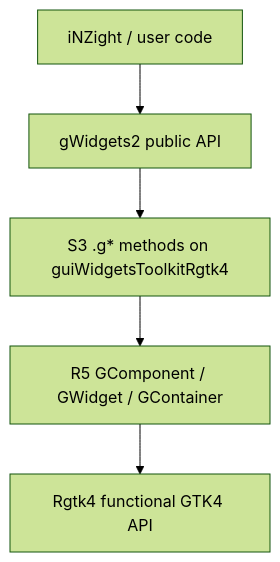
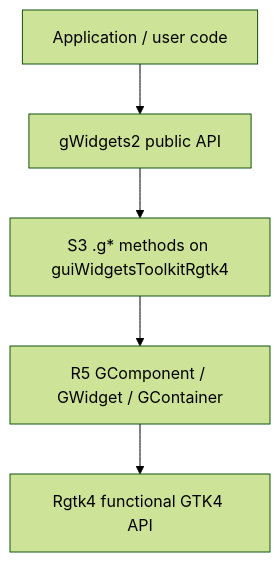
Before and after one commit to iNZightVIT/gWidgets2Rgtk4: the diagram in docs/architecture.md, drawn with Mermaid (forest theme). The commit also changed other lines of this file and 6 other files, not shown here.

````diff
--- a/docs/architecture.md
+++ b/docs/architecture.md
@@ -7,10 +7,10 @@
 ```mermaid
 flowchart TD
-  app[iNZight / user code]
+  app[Application / user code]
   api[gWidgets2 public API]
   dispatch["S3 .g* methods on guiWidgetsToolkitRgtk4"]
   ref[R5 GComponent / GWidget / GContainer]
   rgtk4[Rgtk4 functional GTK4 API]
 
   app --> api --> dispatch --> ref --> rgtk4
 ```
````
